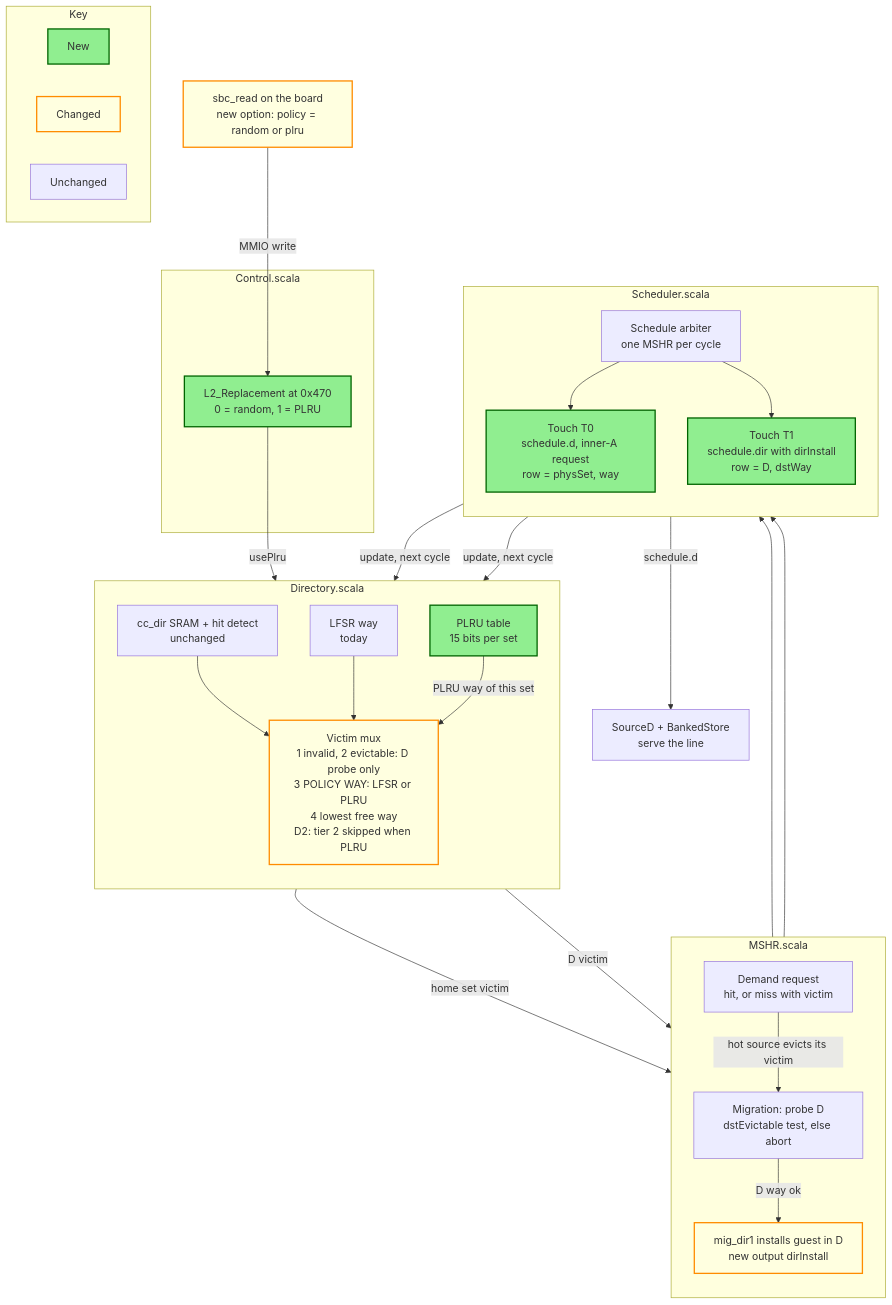
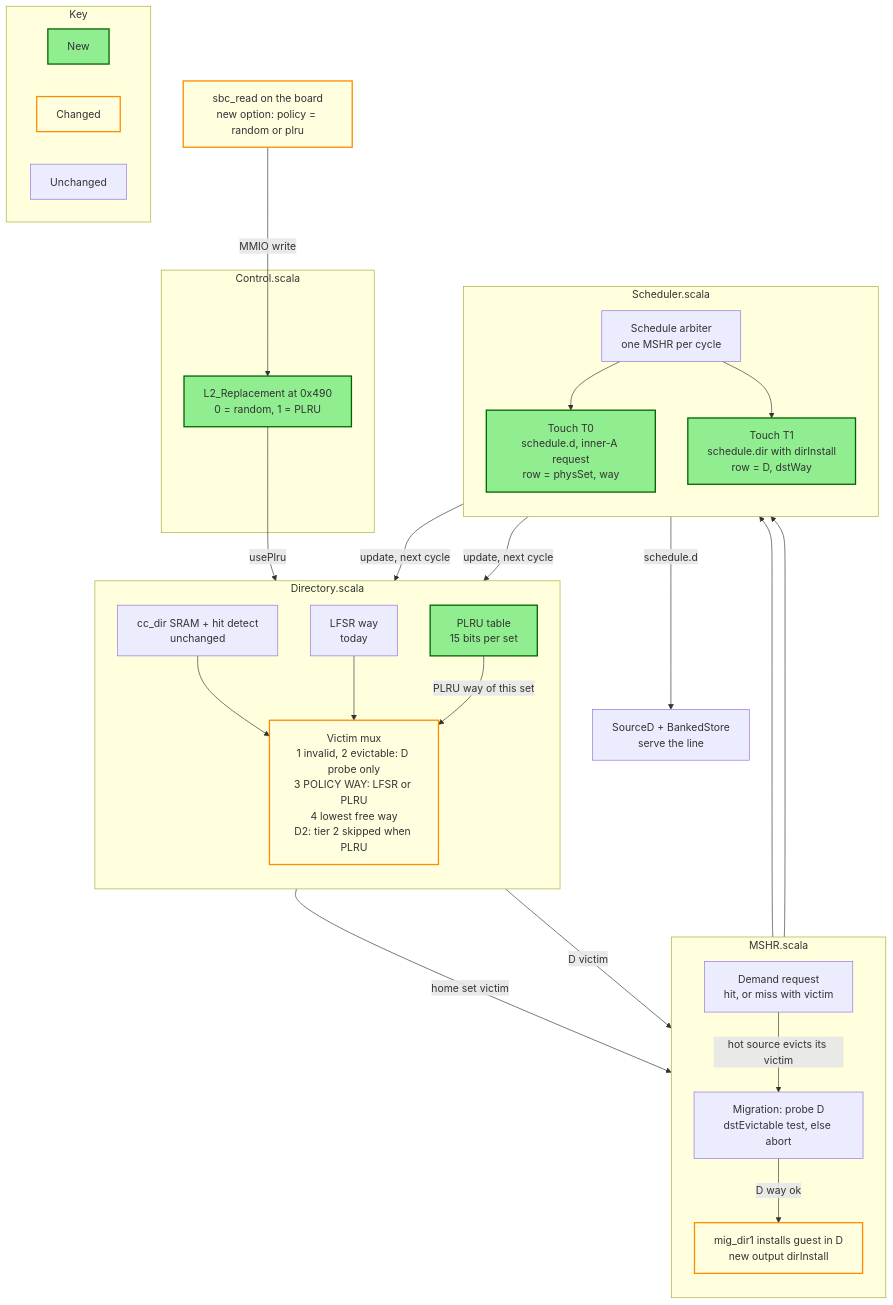
One commit to damithkawshan/rocket-chip-inclusive-cache-ssbc changed the diagram in ai-documents/performance/plru-plan-2026-09-17.md. Above: the diagram before and after it, drawn with Mermaid. The commit also changed other lines of this file and 19 other files, not shown here.

````diff
--- a/ai-documents/performance/plru-plan-2026-09-17.md
+++ b/ai-documents/performance/plru-plan-2026-09-17.md
@@ -31,60 +37,60 @@
 ```mermaid
 flowchart TB
   READ["sbc_read on the board<br/>new option: policy = random or plru"]
 
   subgraph CTRL["Control.scala"]
-    REPL["L2_Replacement at 0x470<br/>0 = random, 1 = PLRU"]
+    REPL["L2_Replacement at 0x490<br/>0 = random, 1 = PLRU"]
   end
 
   subgraph DIR["Directory.scala"]
     direction TB
     SRAM["cc_dir SRAM + hit detect<br/>unchanged"]
     LFSR["LFSR way<br/>today"]
     PLRU["PLRU table<br/>15 bits per set"]
     MUX["Victim mux<br/>1 invalid, 2 evictable: D probe only<br/>3 POLICY WAY: LFSR or PLRU<br/>4 lowest free way<br/>D2: tier 2 skipped when PLRU"]
     SRAM --> MUX
     LFSR --> MUX
     PLRU -->|"PLRU way of this set"| MUX
   end
 
   subgraph MSHRS["MSHR.scala"]
     direction TB
     PLAN["Demand request<br/>hit, or miss with victim"]
     DST["Migration: probe D<br/>dstEvictable test, else abort"]
     INSTALL["mig_dir1 installs guest in D<br/>new output dirInstall"]
     PLAN -->|"hot source evicts its victim"| DST
     DST -->|"D way ok"| INSTALL
   end
 
   subgraph SCHED["Scheduler.scala"]
     direction TB
     ARB["Schedule arbiter<br/>one MSHR per cycle"]
     T0["Touch T0<br/>schedule.d, inner-A request<br/>row = physSet, way"]
     T1["Touch T1<br/>schedule.dir with dirInstall<br/>row = D, dstWay"]
     ARB --> T0
     ARB --> T1
   end
 
   SRCD["SourceD + BankedStore<br/>serve the line"]
 
   READ -->|"MMIO write"| REPL
   REPL -->|"usePlru"| MUX
   MUX -->|"home set victim"| PLAN
   MUX -->|"D victim"| DST
   PLAN --> ARB
   INSTALL --> ARB
   ARB -->|"schedule.d"| SRCD
   T0 -->|"update, next cycle"| PLRU
   T1 -->|"update, next cycle"| PLRU
 
   subgraph KEY["Key"]
     K1["New"]
     K2["Changed"]
     K3["Unchanged"]
   end
 
   classDef newblk fill:lightgreen,stroke:darkgreen,stroke-width:2px
   classDef changed fill:lightyellow,stroke:darkorange,stroke-width:2px
   class REPL,PLRU,T0,T1,K1 newblk
   class READ,MUX,INSTALL,K2 changed
 ```
````
